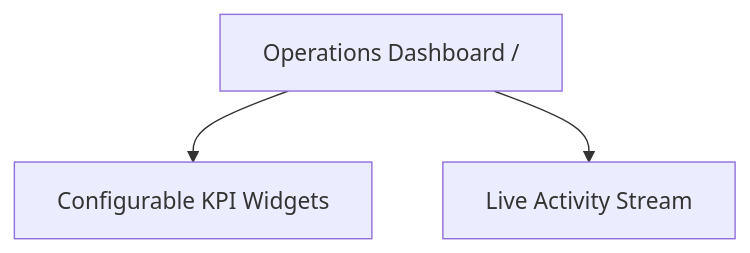
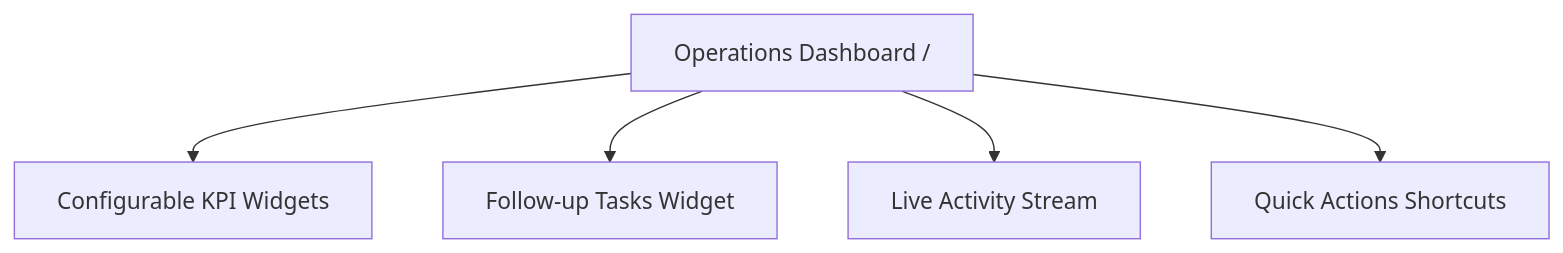
The diagram in docs/user/dashboard.md (herobmdotcom/herobm), drawn with Mermaid before and after one commit. The commit also changed other lines of this file and 294 other files, not shown here.

````diff
--- a/docs/user/dashboard.md
+++ b/docs/user/dashboard.md
@@ -34,5 +38,7 @@
 ```mermaid
 flowchart TD
     D[Operations Dashboard /] --> K1[Configurable KPI Widgets]
+    D --> K2[Follow-up Tasks Widget]
     D --> K4[Live Activity Stream]
+    D --> K3[Quick Actions Shortcuts]
 ```
````
